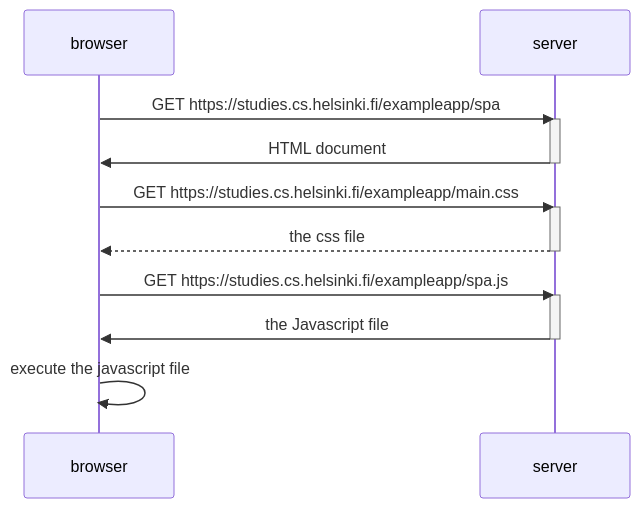
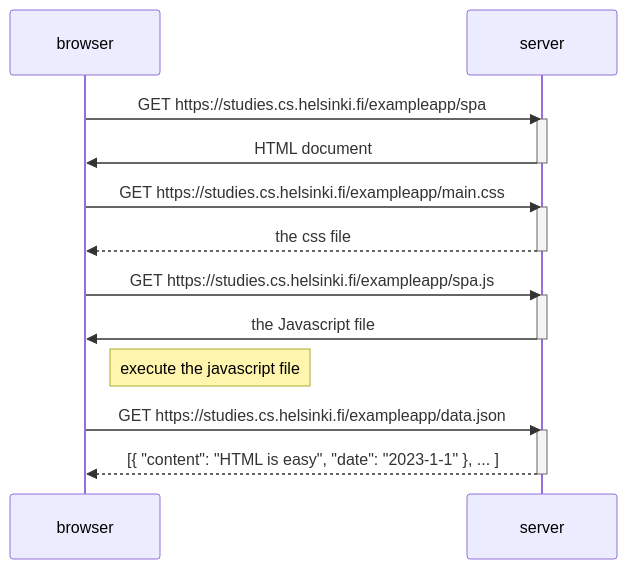
One commit to sai1t/Full-stack-open changed the diagram in Part 0/diagram5.md. Above: the diagram before and after it, drawn with Mermaid.

````diff
--- a/Part 0/diagram5.md
+++ b/Part 0/diagram5.md
@@ -1,23 +1,28 @@
 ```mermaid
 sequenceDiagram
     participant browser
     participant server
 
     browser->>server: GET https://studies.cs.helsinki.fi/exampleapp/spa
     activate server
     server->>browser: HTML document
     deactivate server
 
     browser->>server: GET https://studies.cs.helsinki.fi/exampleapp/main.css
     activate server
     server-->>browser: the css file
     deactivate server
 
     browser->>server: GET https://studies.cs.helsinki.fi/exampleapp/spa.js
     activate server
     server->>browser: the Javascript file
     deactivate server
 
-    browser->>browser: execute the javascript file
+    Note right of browser: execute the javascript file
+
+    browser->>server: GET https://studies.cs.helsinki.fi/exampleapp/data.json
+    activate server
+    server-->>browser: [{ "content": "HTML is easy", "date": "2023-1-1" }, ... ]
+    deactivate server
 
 ```
````
